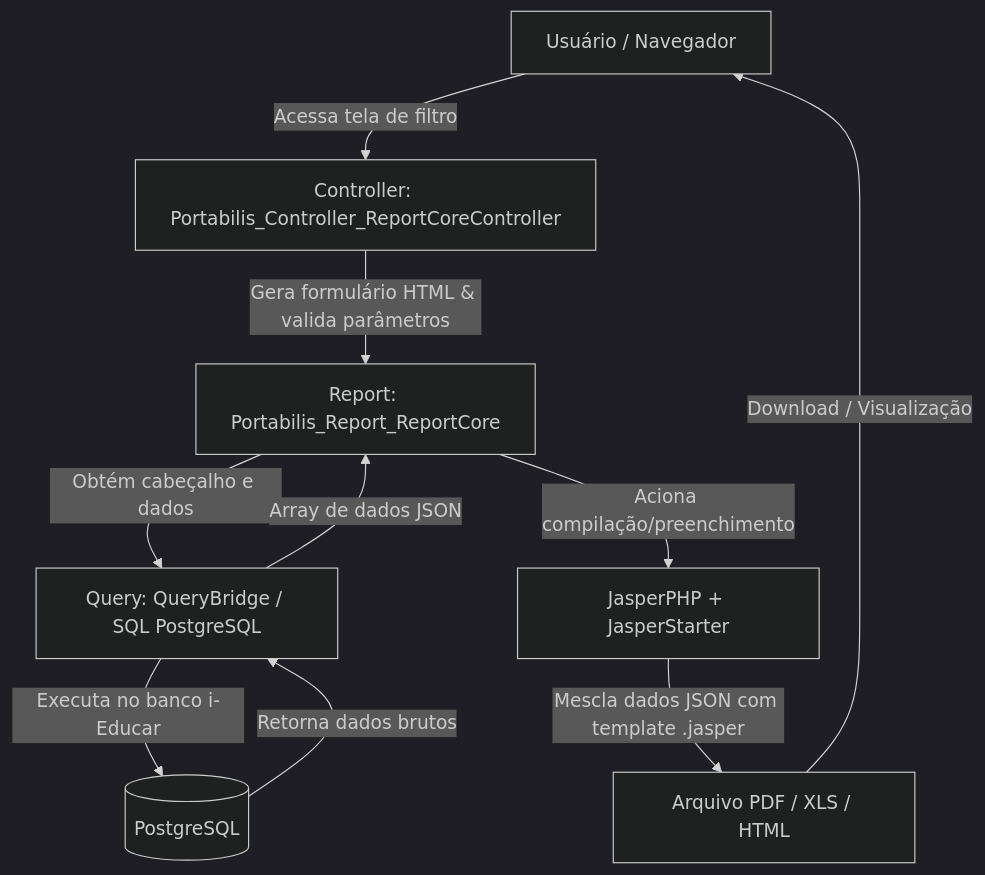
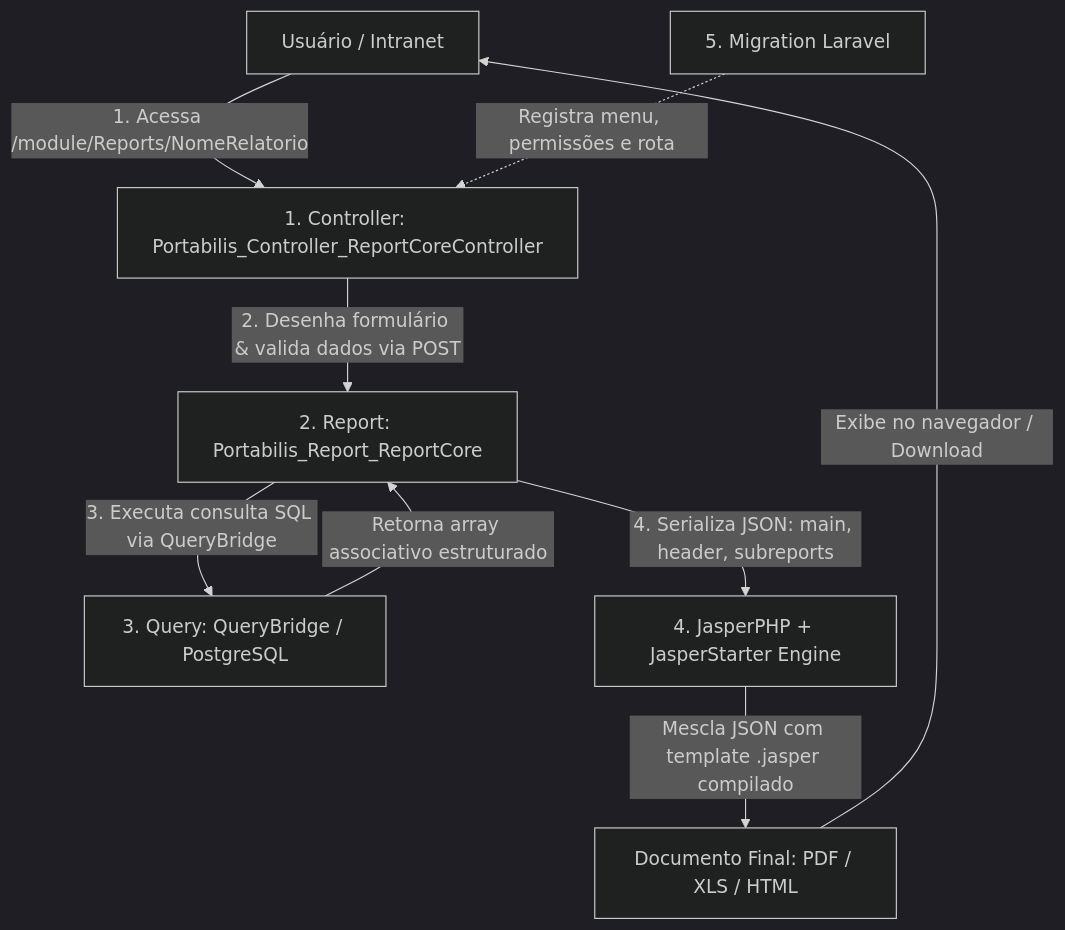
One commit to douglas14031999/i-educar-reports-package changed the diagram in GUIA_BASE_CRIACAO_RELATORIOS.md. Above: the diagram before and after it, drawn with Mermaid (dark theme). The commit also changed other lines of this file, not shown here.

Commit message:
docs: enrich GUIA_BASE_CRIACAO_RELATORIOS with full architecture, rules, checklist and troubleshooting

````diff
--- a/GUIA_BASE_CRIACAO_RELATORIOS.md
+++ b/GUIA_BASE_CRIACAO_RELATORIOS.md
@@ -29,12 +44,11 @@
 ```mermaid
 graph TD
-    A[Usuário / Navegador] -->|Acessa tela de filtro| B[Controller: Portabilis_Controller_ReportCoreController]
-    B -->|Gera formulário HTML & valida parâmetros| C[Report: Portabilis_Report_ReportCore]
-    C -->|Obtém cabeçalho e dados| D[Query: QueryBridge / SQL PostgreSQL]
-    D -->|Executa no banco i-Educar| E[(PostgreSQL)]
-    E -->|Retorna dados brutos| D
-    D -->|Array de dados JSON| C
-    C -->|Aciona compilação/preenchimento| F[JasperPHP + JasperStarter]
-    F -->|Mescla dados JSON com template .jasper| G[Arquivo PDF / XLS / HTML]
-    G -->|Download / Visualização| A
+    A[Usuário / Intranet] -->|1. Acessa /module/Reports/NomeRelatorio| B[1. Controller: Portabilis_Controller_ReportCoreController]
+    B -->|2. Desenha formulário & valida dados via POST| C[2. Report: Portabilis_Report_ReportCore]
+    C -->|3. Executa consulta SQL via QueryBridge| D[3. Query: QueryBridge / PostgreSQL]
+    D -->|Retorna array associativo estruturado| C
+    C -->|4. Serializa JSON: main, header, subreports| E[4. JasperPHP + JasperStarter Engine]
+    E -->|Mescla JSON com template .jasper compilado| F[Documento Final: PDF / XLS / HTML]
+    F -->|Exibe no navegador / Download| A
+    G[5. Migration Laravel] -.->|Registra menu, permissões e rota| B
 ```
````
